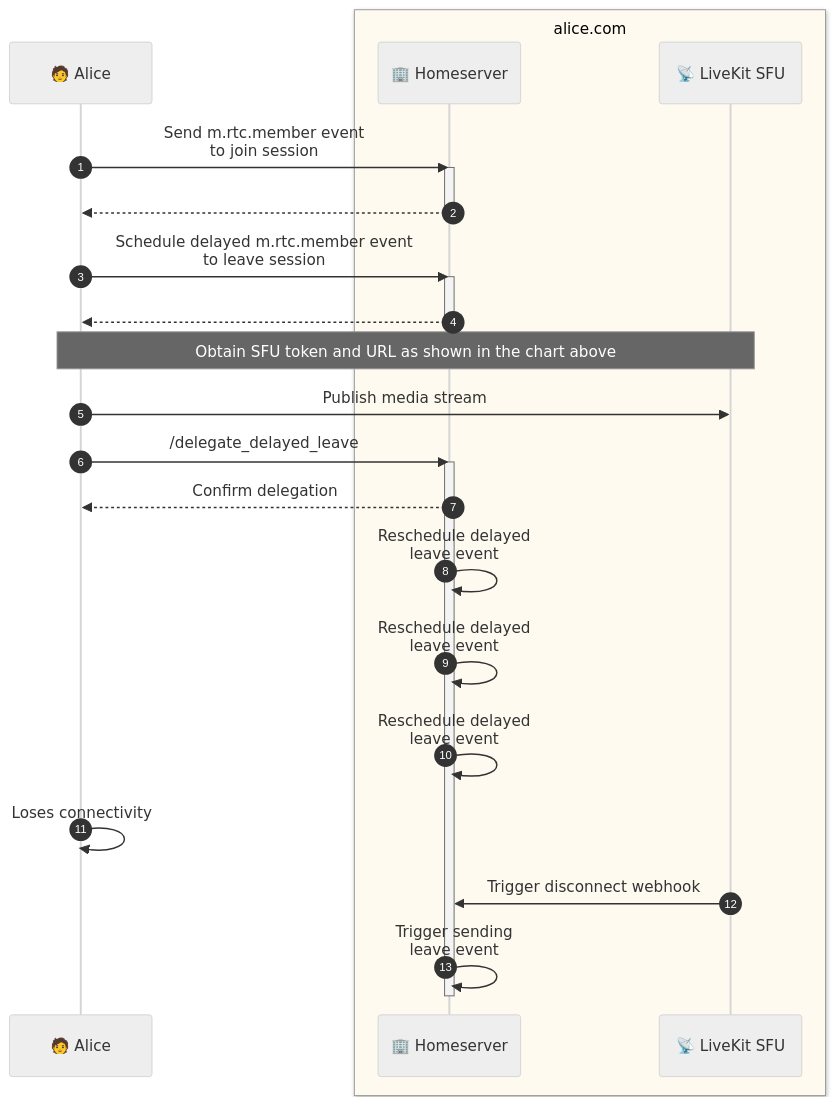
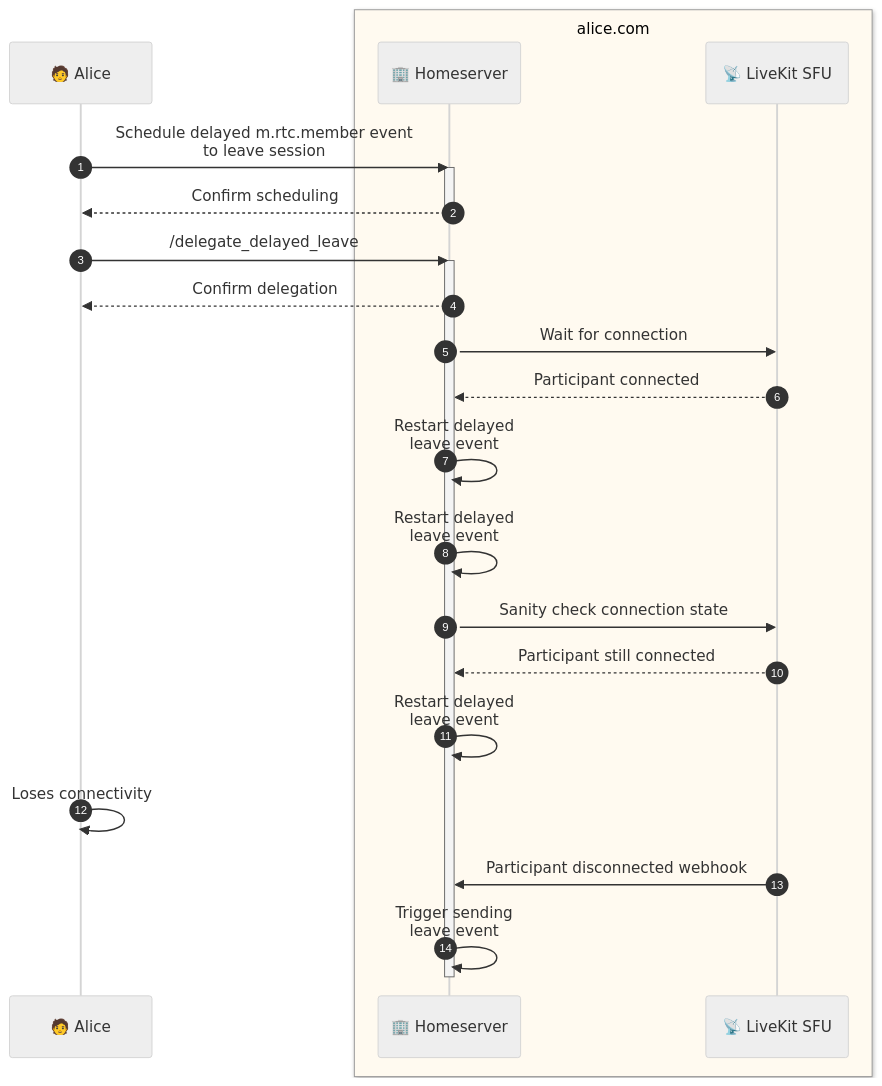
The diagram in proposals/unmerged/4195-matrixrtc-livekit.md (Wombat-Foundation/matrix-spec), drawn with Mermaid (neutral theme) before and after one commit. The commit also changed other lines of this file and 21 other files, not shown here.

````diff
--- a/proposals/unmerged/4195-matrixrtc-livekit.md
+++ b/proposals/unmerged/4195-matrixrtc-livekit.md
@@ -313,38 +334,37 @@
 ```mermaid
 sequenceDiagram
     autonumber
 
     participant U as 🧑 Alice
 
     box floralwhite alice.com
         participant H as 🏢 Homeserver
         participant L as 📡 LiveKit SFU
     end
 
-    U->>H: Send m.rtc.member event<br>to join session
-    activate H
-    H-->>U: ​
-    deactivate H
-  
     U->>H: Schedule delayed m.rtc.member event<br>to leave session
     activate H
-    H-->>U: ​
+    H-->>U: ​Confirm scheduling
     deactivate H
-  
-    Note over U,L: Obtain SFU token and URL as shown in the chart above
-  
-    U->>L: Publish media stream
   
     U->>H: /delegate_delayed_leave
     activate H
     H-->>U: Confirm delegation
-    H->>H: Reschedule delayed<br>leave event
-    H->>H: Reschedule delayed<br>leave event
-    H->>H: Reschedule delayed<br>leave event
+
+    H->>L: Wait for connection
+    L-->>H: Participant connected
+    
+    H->>H: Restart delayed<br>leave event
+    H->>H: Restart delayed<br>leave event
+
+    H->>L: Sanity check connection state
+    L-->>H: Participant still connected
+
+    H->>H: Restart delayed<br>leave event
   
     U->>U: Loses connectivity
   
-    L->>H: Trigger disconnect webhook
+    L->>H: Participant disconnected webhook
     H->>H: Trigger sending<br>leave event
     deactivate H
 ```
````
